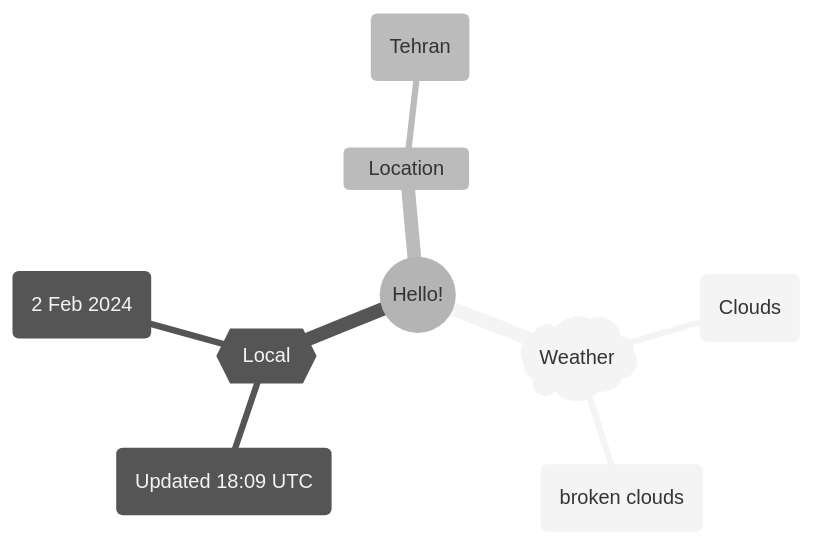
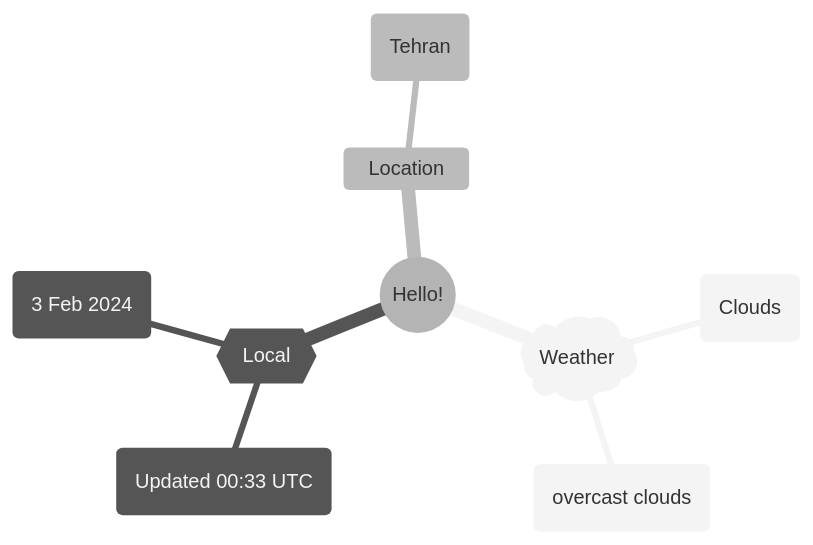
One commit to Xosrov/Xosrov changed the first of 2 diagrams in README.md. Above: the diagram before and after it, drawn with Mermaid (neutral theme).

Commit message:
[bot] updated images

````diff
--- a/README.md
+++ b/README.md
@@ -3,12 +3,12 @@
 ```mermaid
 mindmap
   root((Hello!))
     )Weather(
         (Clouds)
-        (broken clouds)
+        (overcast clouds)
     {{Local}}
-        (Updated 18:09 UTC)
-        (2 Feb 2024)
+        (Updated 00:33 UTC)
+        (3 Feb 2024)
     Location
         (Tehran)
 ```
````
